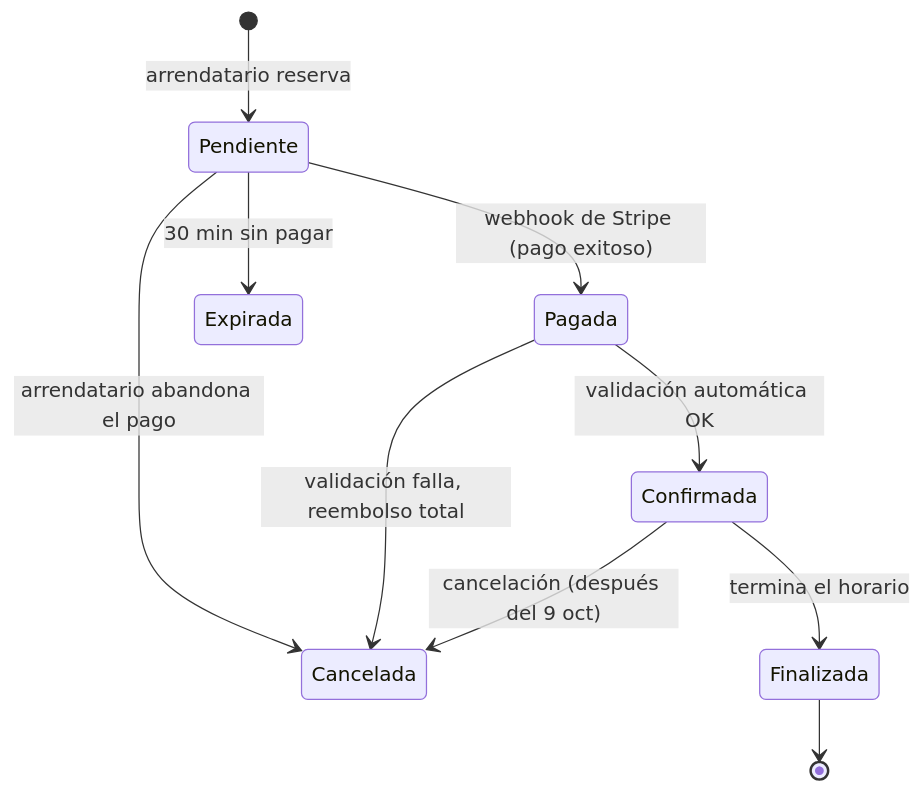
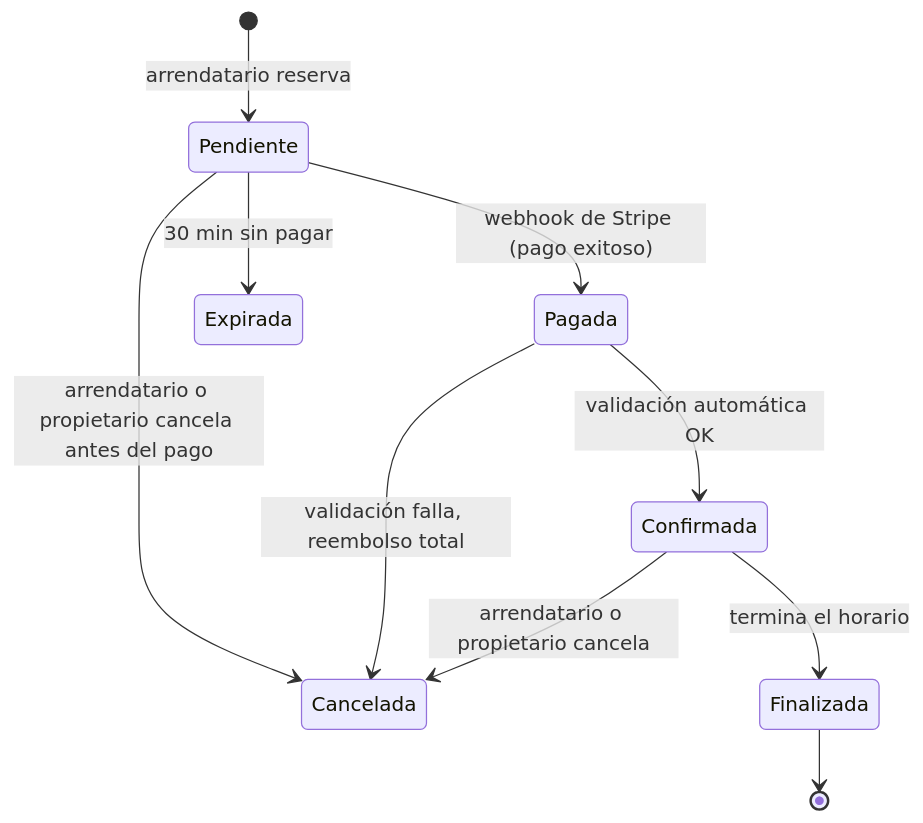
Before and after one commit to AlejandroMG/inf331-equipo-3: the second of 3 diagrams in docs/arquitectura.md, drawn with Mermaid. The commit also changed other lines of this file and 20 other files, not shown here.

````diff
--- a/docs/arquitectura.md
+++ b/docs/arquitectura.md
@@ -314,12 +315,12 @@
 ```mermaid
 stateDiagram-v2
     [*] --> Pendiente : arrendatario reserva
     Pendiente --> Pagada : webhook de Stripe (pago exitoso)
     Pendiente --> Expirada : 30 min sin pagar
-    Pendiente --> Cancelada : arrendatario abandona el pago
+    Pendiente --> Cancelada : arrendatario o propietario cancela antes del pago
     Pagada --> Confirmada : validación automática OK
     Pagada --> Cancelada : validación falla, reembolso total
-    Confirmada --> Cancelada : cancelación (después del 9 oct)
+    Confirmada --> Cancelada : arrendatario o propietario cancela
     Confirmada --> Finalizada : termina el horario
     Finalizada --> [*]
 ```
````
